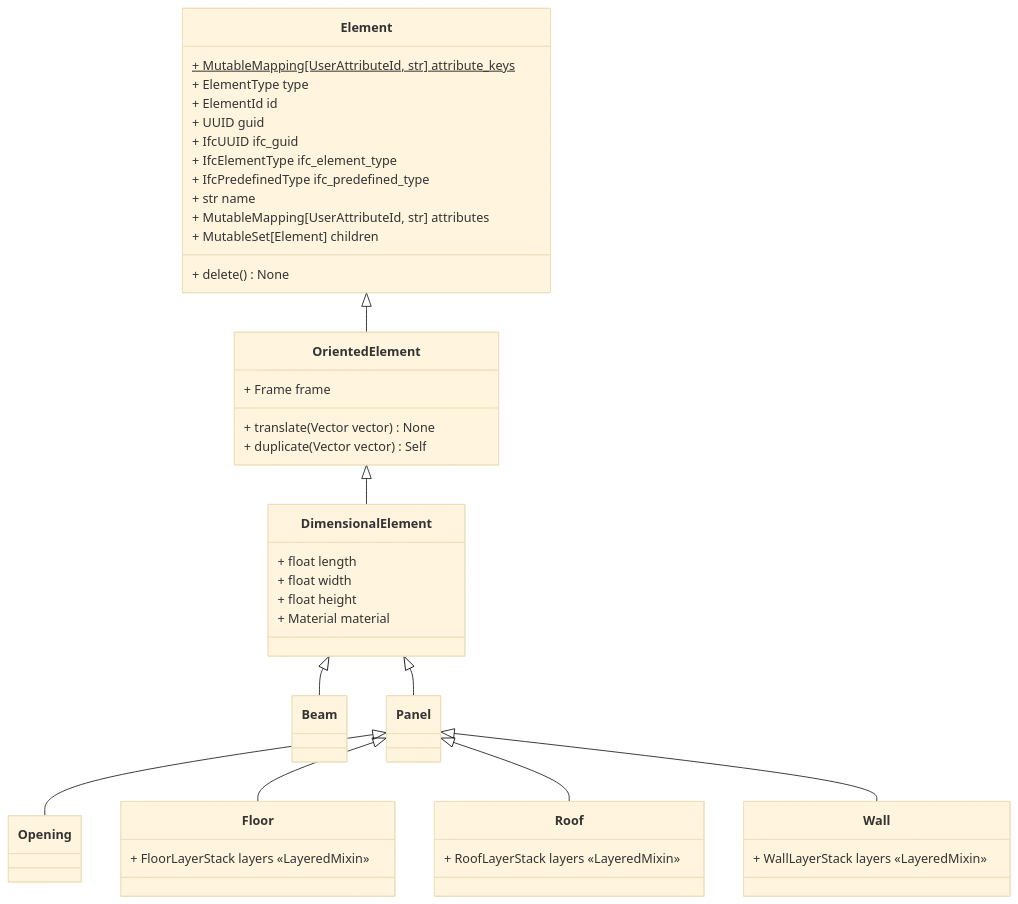
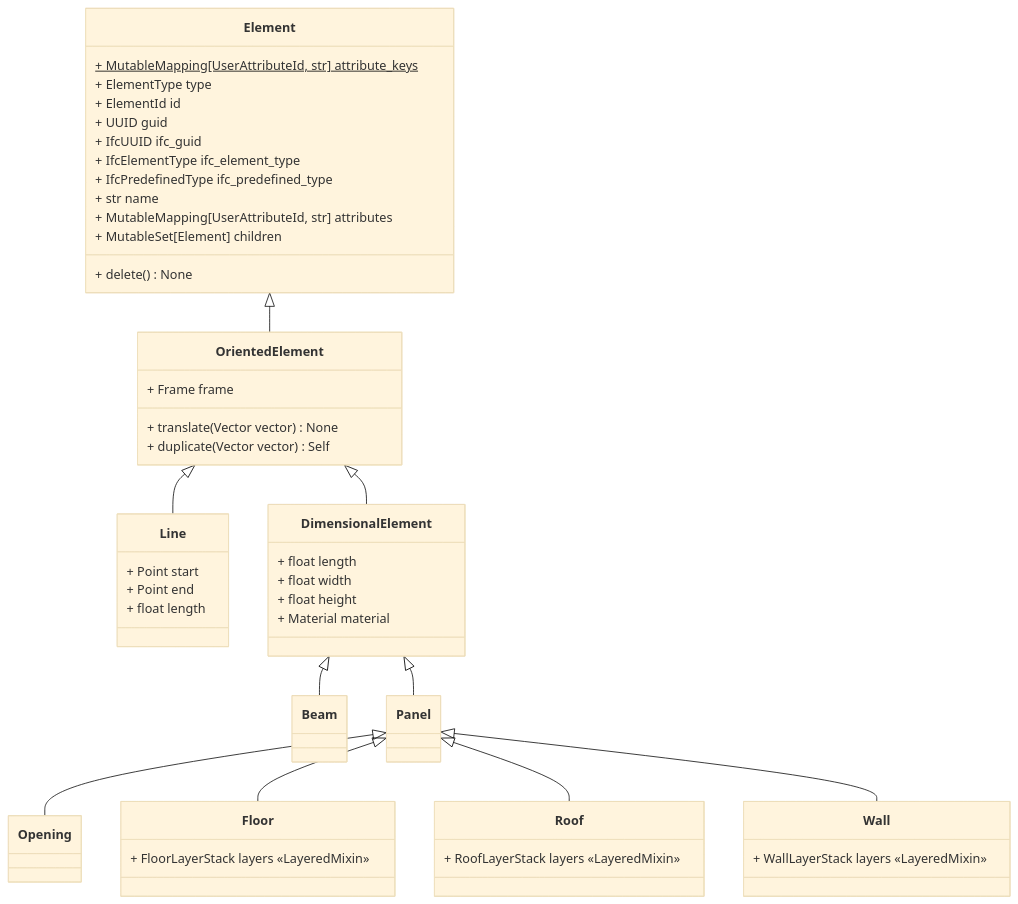
One commit to gramaziokohler/compas_cadwork changed the diagram in docs/user-guide/elements-hierarchy.md. Above: the diagram before and after it, drawn with Mermaid (base theme). The commit also changed 5 other files, not shown here.

Commit message:
Add line element

````diff
--- a/docs/user-guide/elements-hierarchy.md
+++ b/docs/user-guide/elements-hierarchy.md
@@ -11,52 +11,59 @@
 ```mermaid
 classDiagram
     class Element {
         + MutableMapping[UserAttributeId, str] attribute_keys$
         + ElementType type
         + ElementId id
         + UUID guid
         + IfcUUID ifc_guid
         + IfcElementType ifc_element_type
         + IfcPredefinedType ifc_predefined_type
         + str name
         + MutableMapping[UserAttributeId, str] attributes
         + MutableSet[Element] children
         + delete() None
     }
 
     Element <|-- OrientedElement
     class OrientedElement {
         + Frame frame
         + translate(Vector vector) None
         + duplicate(Vector vector) Self
+    }
+
+    OrientedElement <|-- Line
+    class Line {
+        + Point start
+        + Point end
+        + float length
     }
 
     OrientedElement <|-- DimensionalElement
     class DimensionalElement {
         + float length
         + float width
         + float height
         + Material material
     }
 
     DimensionalElement <|-- Beam
 
     DimensionalElement <|-- Panel
 
     Panel <|-- Opening
 
     Panel <|-- Floor
     class Floor {
         + FloorLayerStack layers «LayeredMixin»
     }
 
     Panel <|-- Roof
     class Roof {
         + RoofLayerStack layers «LayeredMixin»
     }
 
     Panel <|-- Wall
     class Wall {
         + WallLayerStack layers «LayeredMixin»
     }
 ```
````
